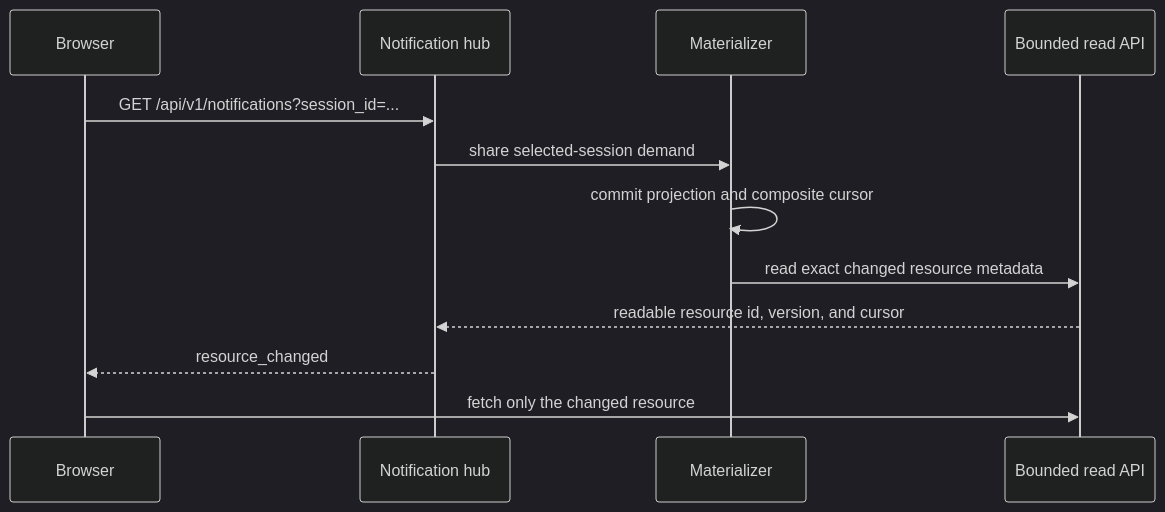
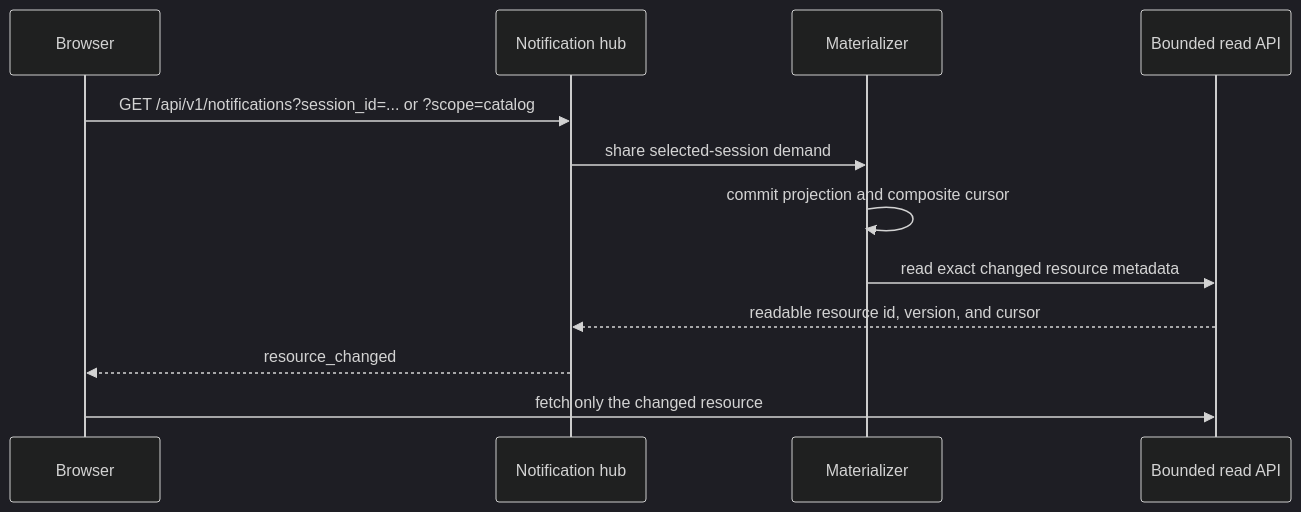
The fifth of 9 diagrams in week2_capable/observatory_v3/backend/README.md (IbnouT/claude-code-camp-2026-Q2), drawn with Mermaid (dark theme) before and after one commit. The commit also changed other lines of this file and 75 other files, not shown here.

````diff
--- a/week2_capable/observatory_v3/backend/README.md
+++ b/week2_capable/observatory_v3/backend/README.md
@@ -137,15 +143,15 @@
 ```mermaid
 sequenceDiagram
     participant Browser
     participant SSE as Notification hub
     participant Materializer
     participant API as Bounded read API
 
-    Browser->>SSE: GET /api/v1/notifications?session_id=...
+    Browser->>SSE: GET /api/v1/notifications?session_id=... or ?scope=catalog
     SSE->>Materializer: share selected-session demand
     Materializer->>Materializer: commit projection and composite cursor
     Materializer->>API: read exact changed resource metadata
     API-->>SSE: readable resource id, version, and cursor
     SSE-->>Browser: resource_changed
     Browser->>API: fetch only the changed resource
 ```
````
